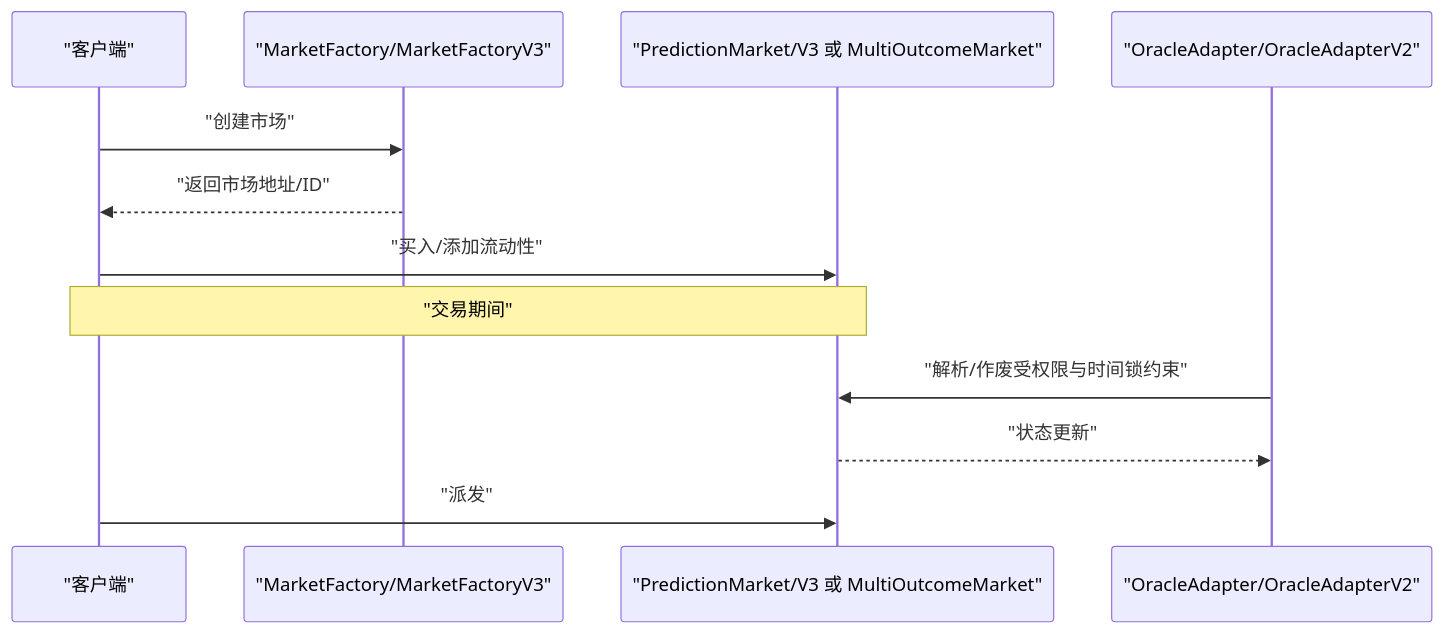
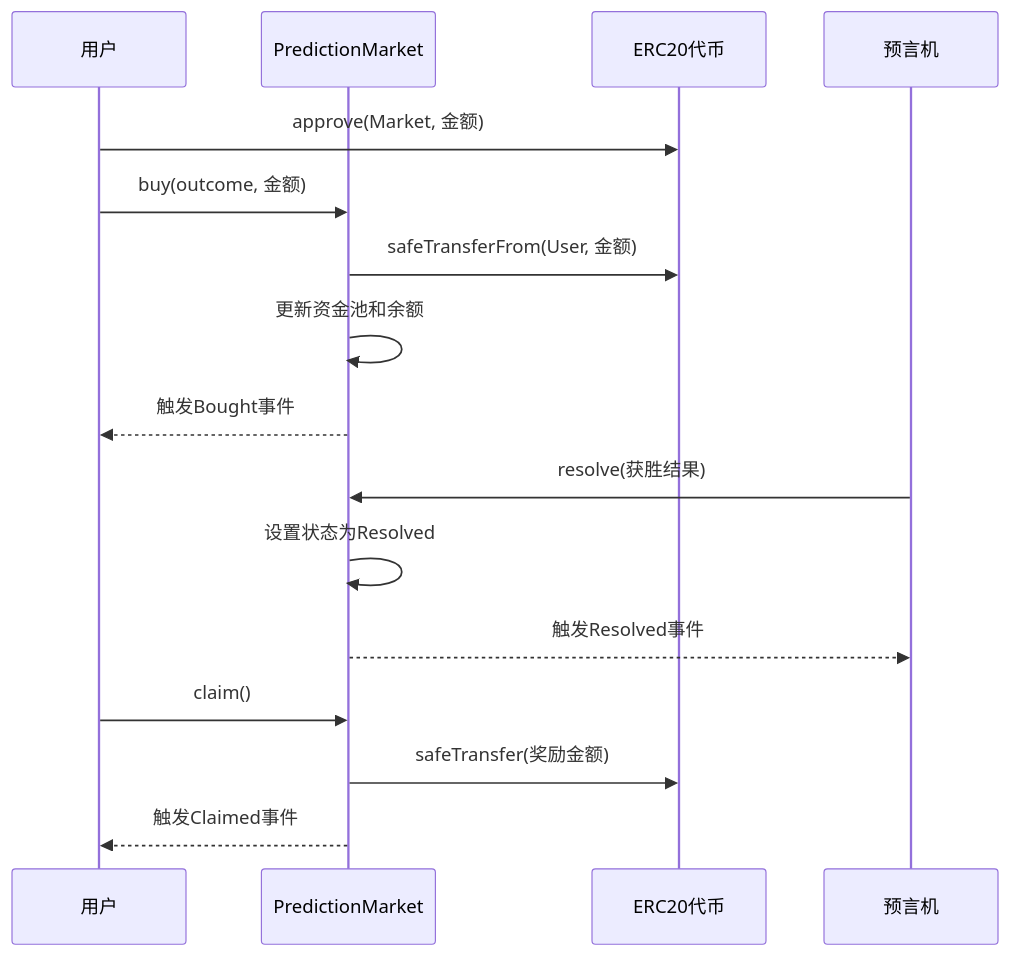
Before and after one commit to SimonHofman/PredictionDIDSimple: the sixth of 10 diagrams in contracts/.qoder/repowiki/zh/content/API参考/API参考.md, drawn with Mermaid. The commit also changed other lines of this file and 162 other files, not shown here.

````diff
--- a/contracts/.qoder/repowiki/zh/content/API参考/API参考.md
+++ b/contracts/.qoder/repowiki/zh/content/API参考/API参考.md
@@ -120,14 +278,18 @@
 ```mermaid
 sequenceDiagram
-participant Client as "客户端"
-participant Factory as "MarketFactory/MarketFactoryV3"
-participant Market as "PredictionMarket/V3 或 MultiOutcomeMarket"
-participant Oracle as "OracleAdapter/OracleAdapterV2"
-Client->>Factory : "创建市场"
-Factory-->>Client : "返回市场地址/ID"
-Client->>Market : "买入/添加流动性"
-Note over Client,Market : "交易期间"
-Oracle->>Market : "解析/作废受权限与时间锁约束"
-Market-->>Oracle : "状态更新"
-Client->>Market : "派发"
+participant User as 用户
+participant Market as PredictionMarket
+participant Token as ERC20代币
+participant Oracle as 预言机
+User->>Token : approve(Market, 金额)
+User->>Market : buy(outcome, 金额)
+Market->>Token : safeTransferFrom(User, 金额)
+Market->>Market : 更新资金池和余额
+Market-->>User : 触发Bought事件
+Oracle->>Market : resolve(获胜结果)
+Market->>Market : 设置状态为Resolved
+Market-->>Oracle : 触发Resolved事件
+User->>Market : claim()
+Market->>Token : safeTransfer(奖励金额)
+Market-->>User : 触发Claimed事件
 ```
````
